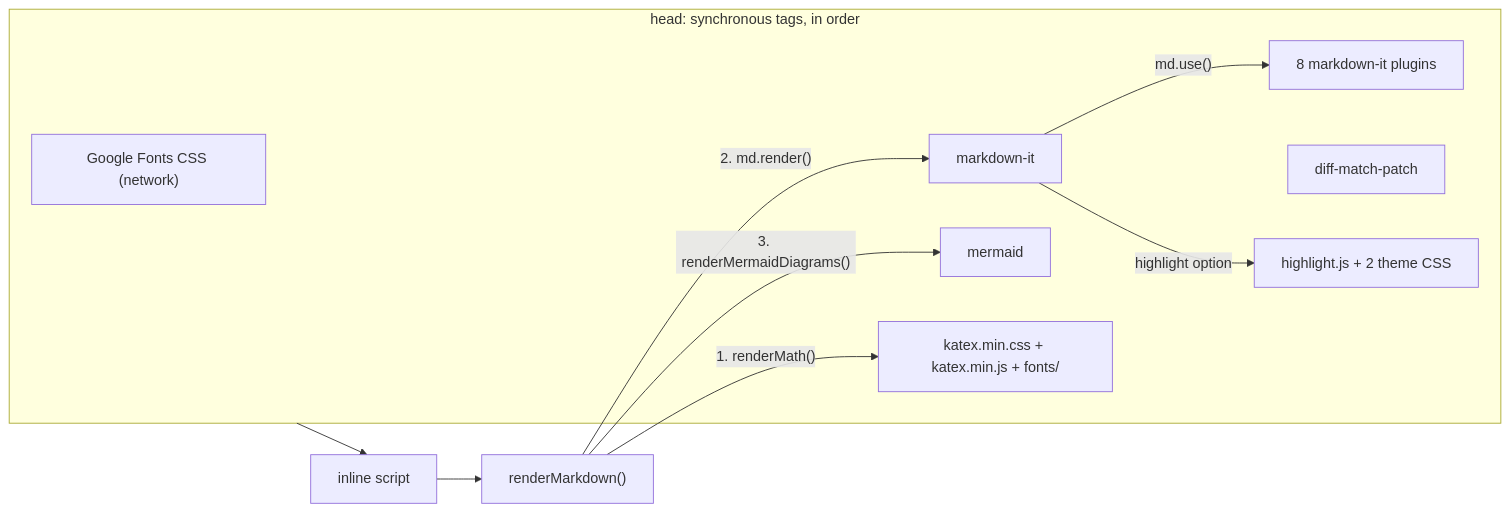
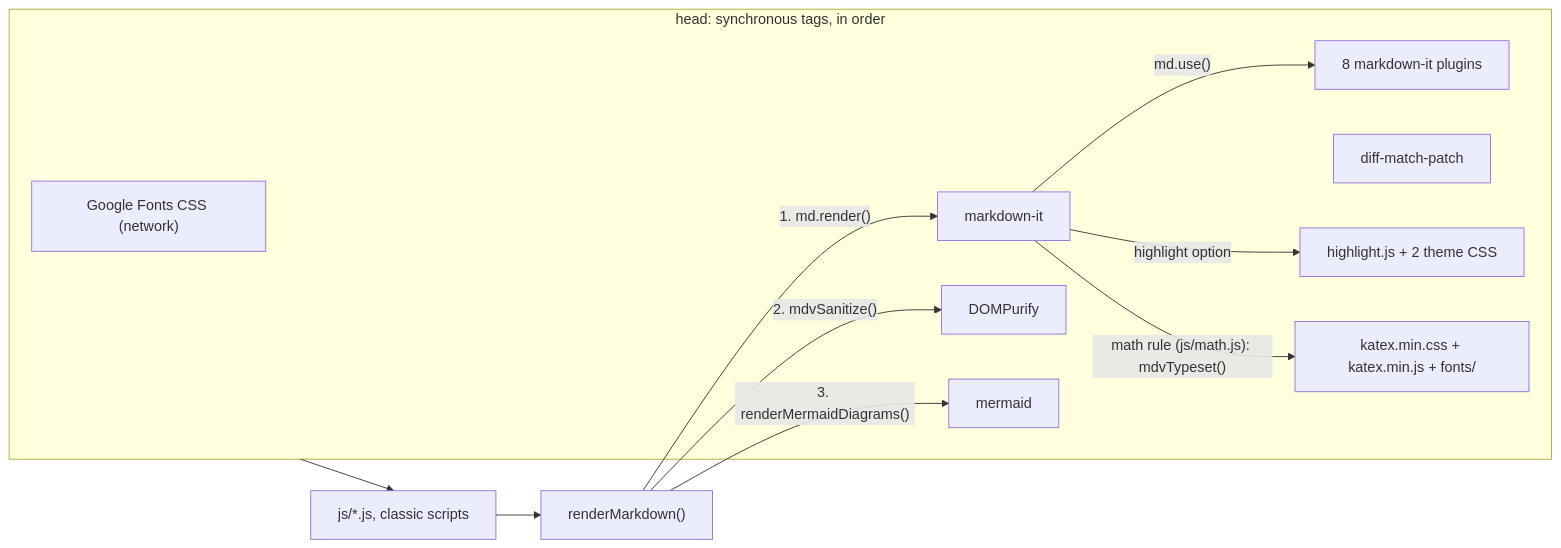
One commit to vikrantb/kites-markdown changed the diagram in docs/dependencies.md. Above: the diagram before and after it, drawn with Mermaid. The commit also changed other lines of this file and 38 other files, not shown here.

First line of the commit message:
fix(visuals): every theme gets a designed reading surface, and diagrams that follow it (#8)

````diff
--- a/docs/dependencies.md
+++ b/docs/dependencies.md
@@ -144,19 +144,21 @@
 ```mermaid
 flowchart LR
   subgraph head["head: synchronous tags, in order"]
     GF["Google Fonts CSS (network)"]
     MI["markdown-it"]
     PL["8 markdown-it plugins"]
     DMP["diff-match-patch"]
+    DP["DOMPurify"]
     HL["highlight.js + 2 theme CSS"]
     MM["mermaid"]
     KX["katex.min.css + katex.min.js + fonts/"]
   end
-  head --> IS["inline script"]
+  head --> IS["js/*.js, classic scripts"]
   IS --> RM["renderMarkdown()"]
-  RM -->|"1. renderMath()"| KX
-  RM -->|"2. md.render()"| MI
+  RM -->|"1. md.render()"| MI
   MI -->|"md.use()"| PL
+  MI -->|"math rule (js/math.js): mdvTypeset()"| KX
   MI -->|"highlight option"| HL
+  RM -->|"2. mdvSanitize()"| DP
   RM -->|"3. renderMermaidDiagrams()"| MM
 ```
````
